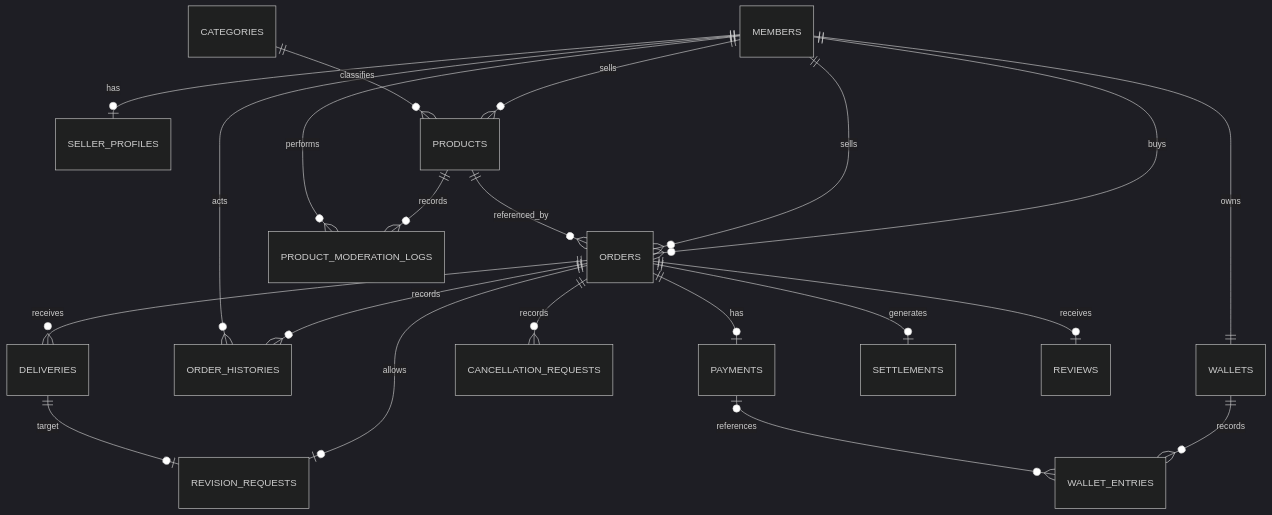
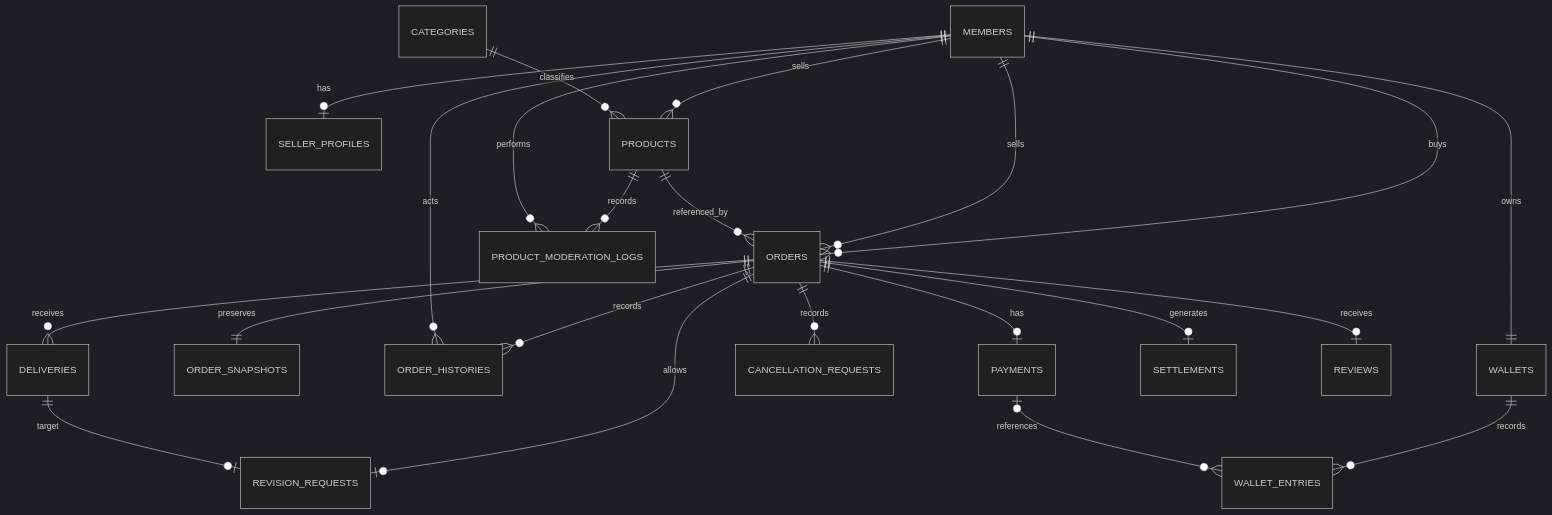
One commit to bravekorean/lancerpick changed the diagram in docs/erd.md. Above: the diagram before and after it, drawn with Mermaid (dark theme). The commit also changed other lines of this file and 16 other files, not shown here.

````diff
--- a/docs/erd.md
+++ b/docs/erd.md
@@ -59,23 +64,24 @@
 ```mermaid
 erDiagram
     MEMBERS ||--o| SELLER_PROFILES : has
     MEMBERS ||--|| WALLETS : owns
     MEMBERS ||--o{ PRODUCTS : sells
     CATEGORIES ||--o{ PRODUCTS : classifies
     MEMBERS ||--o{ ORDERS : buys
     MEMBERS ||--o{ ORDERS : sells
     PRODUCTS ||--o{ ORDERS : referenced_by
+    ORDERS ||--|| ORDER_SNAPSHOTS : preserves
     ORDERS ||--o{ ORDER_HISTORIES : records
     MEMBERS ||--o{ ORDER_HISTORIES : acts
     ORDERS ||--o{ DELIVERIES : receives
     ORDERS ||--o| REVISION_REQUESTS : allows
     DELIVERIES ||--o| REVISION_REQUESTS : target
     ORDERS ||--o{ CANCELLATION_REQUESTS : records
     ORDERS ||--o| PAYMENTS : has
     WALLETS ||--o{ WALLET_ENTRIES : records
     PAYMENTS o|--o{ WALLET_ENTRIES : references
     ORDERS ||--o| SETTLEMENTS : generates
     ORDERS ||--o| REVIEWS : receives
     PRODUCTS ||--o{ PRODUCT_MODERATION_LOGS : records
     MEMBERS ||--o{ PRODUCT_MODERATION_LOGS : performs
 ```
````
